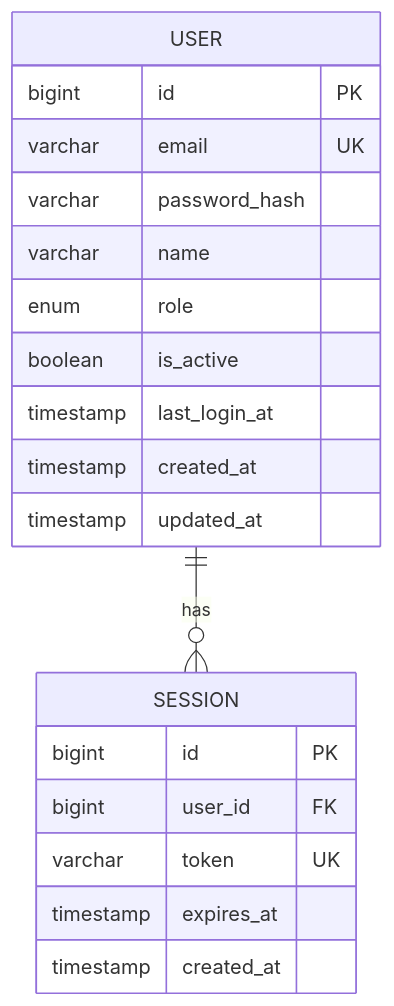
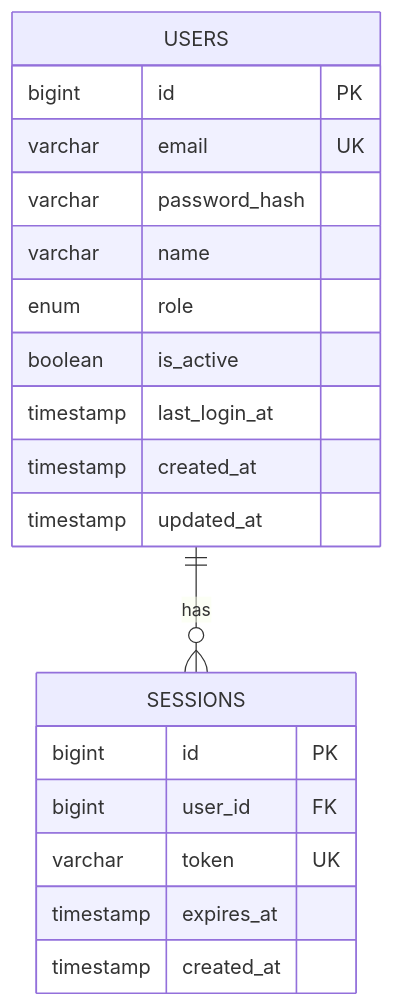
One commit to upleat-ax/u-maker-plugin changed the third of 6 diagrams in skills/u-design/references/erd-spec.md. Above: the diagram before and after it, drawn with Mermaid. The commit also changed other lines of this file, not shown here.

First line of the commit message:
feat: upgrade ERD naming conventions to advanced standard

````diff
--- a/skills/u-design/references/erd-spec.md
+++ b/skills/u-design/references/erd-spec.md
@@ -185,22 +187,22 @@
 ```mermaid
 erDiagram
-    USER {
+    USERS {
         bigint id PK
         varchar email UK
         varchar password_hash
         varchar name
         enum role
         boolean is_active
         timestamp last_login_at
         timestamp created_at
         timestamp updated_at
     }
-    SESSION {
+    SESSIONS {
         bigint id PK
         bigint user_id FK
         varchar token UK
         timestamp expires_at
         timestamp created_at
     }
-    USER ||--o{ SESSION : "has"
+    USERS ||--o{ SESSIONS : "has"
 ```
````
